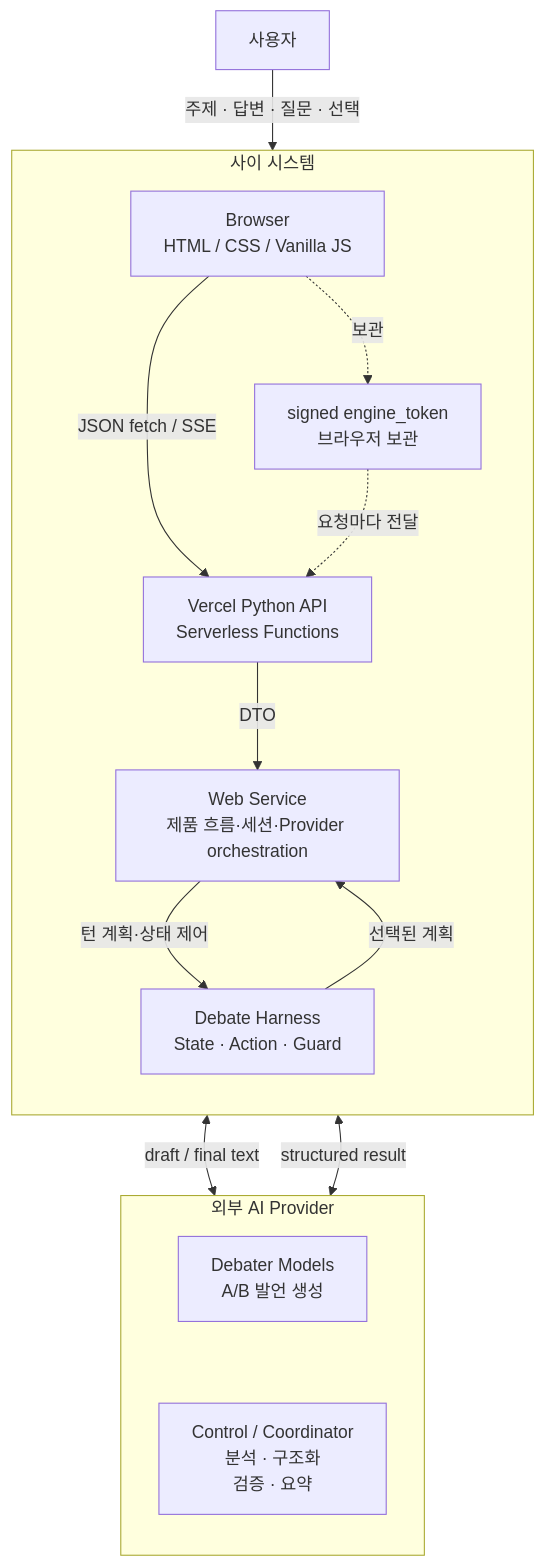
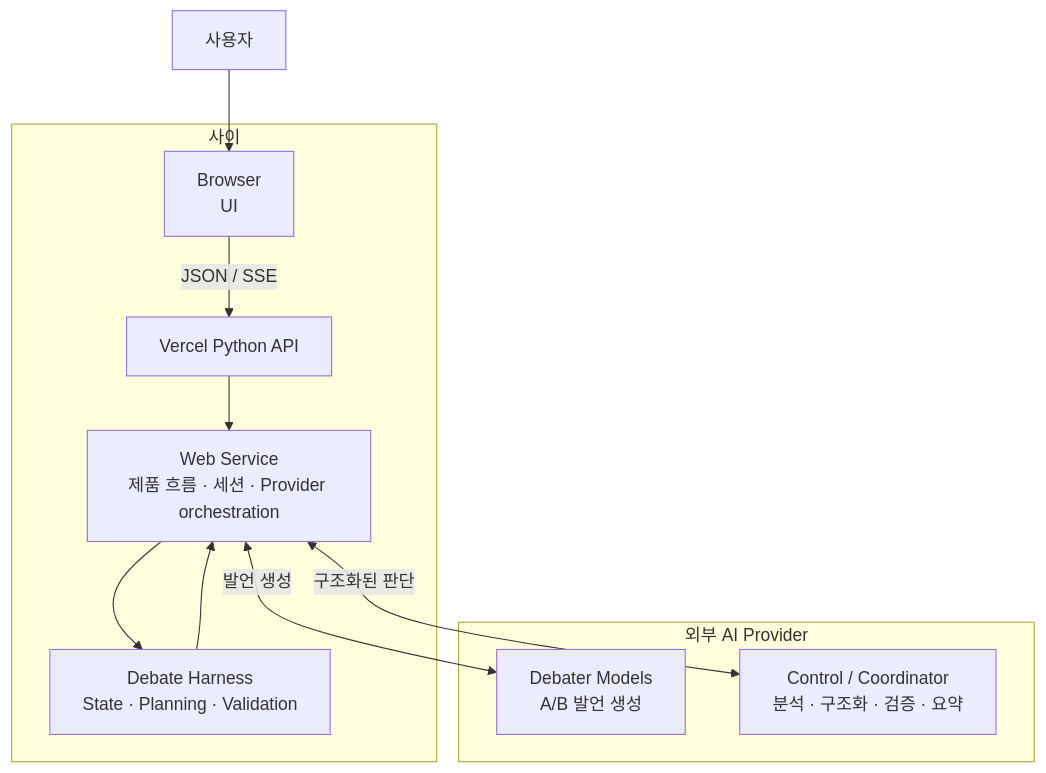
The third of 5 diagrams in README.md (hodob/A1-3), drawn with Mermaid before and after one commit. The commit also changed other lines of this file, not shown here.

Commit message:
docs: reorganize README around core debate flow

````diff
--- a/README.md
+++ b/README.md
@@ -111,33 +92,25 @@
-```mermaid
+~~~mermaid
 flowchart TD
     U[사용자]
 
-    subgraph SAI[사이 시스템]
-        direction TB
+    subgraph SAI[사이]
+        B[Browser<br/>UI]
+        API[Vercel Python API]
+        W[Web Service<br/>제품 흐름 · 세션 · Provider orchestration]
+        H[Debate Harness<br/>State · Planning · Validation]
 
-        B[Browser<br/>HTML / CSS / Vanilla JS]
-        API[Vercel Python API<br/>Serverless Functions]
-        W[Web Service<br/>제품 흐름·세션·Provider orchestration]
-        H[Debate Harness<br/>State · Action · Guard]
-
-        B -->|JSON fetch / SSE| API
-        API -->|DTO| W
-        W -->|턴 계획·상태 제어| H
-        H -->|선택된 계획| W
-
-        T[signed engine_token<br/>브라우저 보관]
-        B -.->|보관| T
-        T -.->|요청마다 전달| API
+        B -->|JSON / SSE| API
+        API --> W
+        W --> H
+        H --> W
     end
 
     subgraph EXT[외부 AI Provider]
-        direction TB
         D[Debater Models<br/>A/B 발언 생성]
-        C[Control / Coordinator<br/>분석 · 구조화<br/>검증 · 요약]
-        D ~~~ C
+        C[Control / Coordinator<br/>분석 · 구조화 · 검증 · 요약]
     end
 
-    U -->|주제 · 답변 · 질문 · 선택| B
-    W <-->|draft / final text| D
-    W <-->|structured result| C
-```
+    U --> B
+    W <-->|발언 생성| D
+    W <-->|구조화된 판단| C
+~~~
````
